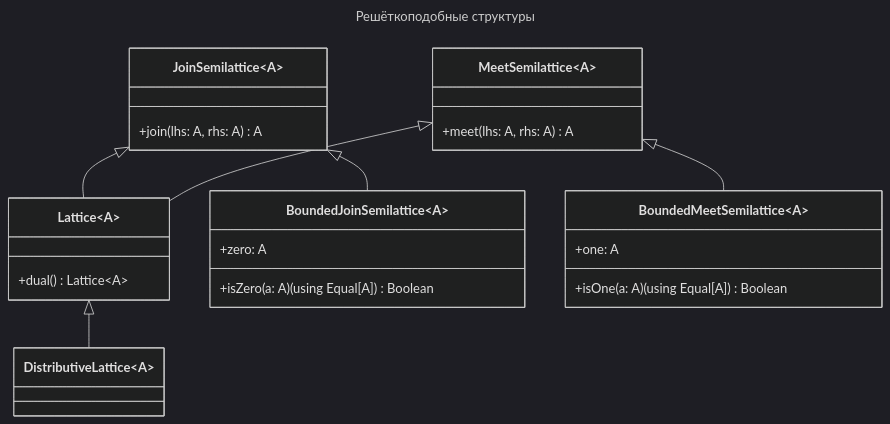
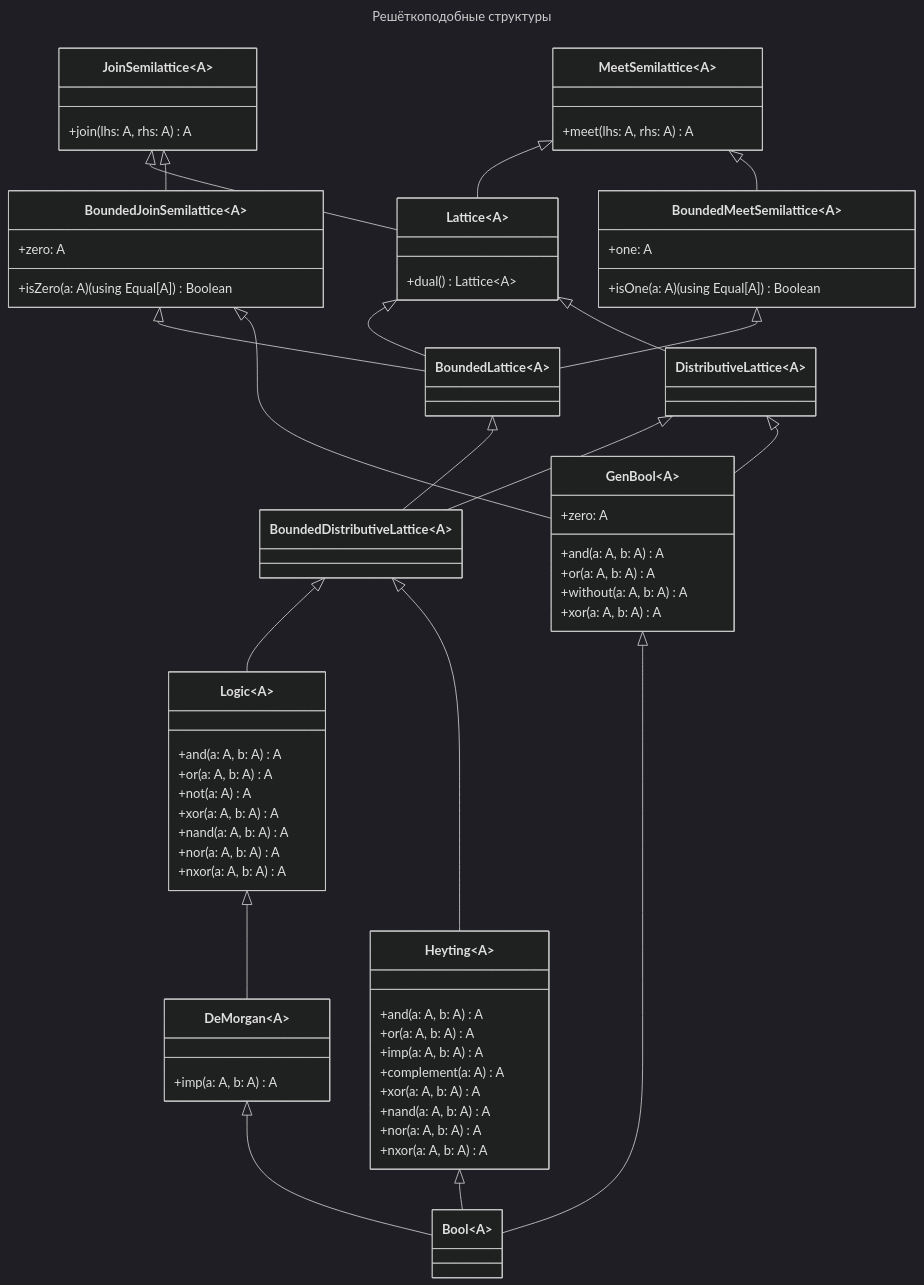
Before and after one commit to artemkorsakov/scalabook: the diagram in docs/typeclass/lattice.md, drawn with Mermaid (dark theme). The commit also changed 4 other files, not shown here.

````diff
--- a/docs/typeclass/lattice.md
+++ b/docs/typeclass/lattice.md
@@ -51,30 +51,75 @@
 ```mermaid
 ---
 title: Решёткоподобные структуры
 ---
 classDiagram
   class JoinSemilattice~A~ {
     +join(lhs: A, rhs: A) A
   }
+  class BoundedJoinSemilattice~A~ {
+    +zero: A
+    +isZero(a: A)(using Equal[A]) Boolean
+  }
   class MeetSemilattice~A~ {
     +meet(lhs: A, rhs: A) A
+  }
+  class BoundedMeetSemilattice~A~ {
+    +one: A
+    +isOne(a: A)(using Equal[A]) Boolean
   }
   class Lattice~A~ {
     +dual() Lattice~A~
   }
   class DistributiveLattice~A~
-  class BoundedJoinSemilattice~A~ {
+  class BoundedLattice~A~
+  class BoundedDistributiveLattice~A~
+  class Logic~A~ {
+    +and(a: A, b: A) A
+    +or(a: A, b: A) A
+    +not(a: A) A
+    +xor(a: A, b: A) A
+    +nand(a: A, b: A) A
+    +nor(a: A, b: A) A
+    +nxor(a: A, b: A) A
+  }
+  class DeMorgan~A~ {
+    +imp(a: A, b: A) A
+  }
+  class Heyting~A~ {
+    +and(a: A, b: A) A
+    +or(a: A, b: A) A
+    +imp(a: A, b: A) A
+    +complement(a: A) A
+    +xor(a: A, b: A) A
+    +nand(a: A, b: A) A
+    +nor(a: A, b: A) A
+    +nxor(a: A, b: A) A
+  }
+  class GenBool~A~ {
+    +and(a: A, b: A) A
+    +or(a: A, b: A) A
     +zero: A
-    +isZero(a: A)(using Equal[A]) Boolean
+    +without(a: A, b: A) A
+    +xor(a: A, b: A) A
   }
-  class BoundedMeetSemilattice~A~ {
-    +one: A
-    +isOne(a: A)(using Equal[A]) Boolean
-  }
+  class Bool~A~
 
   JoinSemilattice <|-- Lattice
+  JoinSemilattice <|-- BoundedJoinSemilattice
   MeetSemilattice <|-- Lattice
+  MeetSemilattice <|-- BoundedMeetSemilattice
+  BoundedJoinSemilattice <|-- BoundedLattice
+  BoundedMeetSemilattice <|-- BoundedLattice
+  Lattice <|-- BoundedLattice
+  BoundedLattice <|-- BoundedDistributiveLattice
   Lattice <|-- DistributiveLattice
-  JoinSemilattice <|-- BoundedJoinSemilattice
-  MeetSemilattice <|-- BoundedMeetSemilattice
+  DistributiveLattice <|-- BoundedDistributiveLattice
+  BoundedDistributiveLattice <|-- Logic
+  Logic <|-- DeMorgan
+  BoundedDistributiveLattice <|-- Heyting
+  BoundedJoinSemilattice <|-- GenBool
+  DistributiveLattice <|-- GenBool
+  DeMorgan <|-- Bool
+  Heyting <|-- Bool
+  GenBool <|-- Bool
 ```
````
